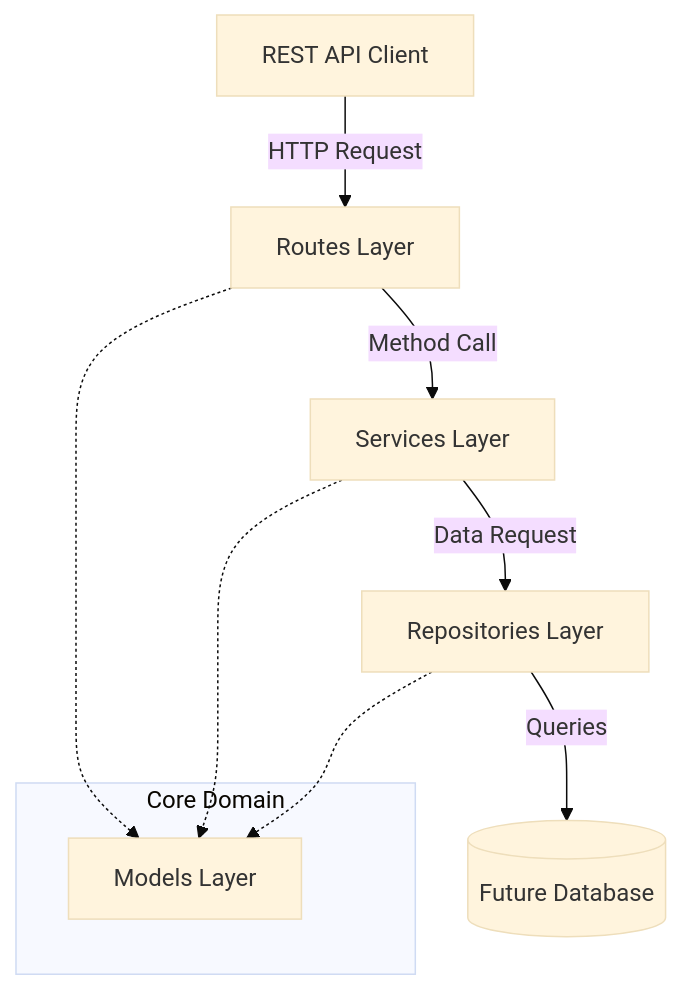
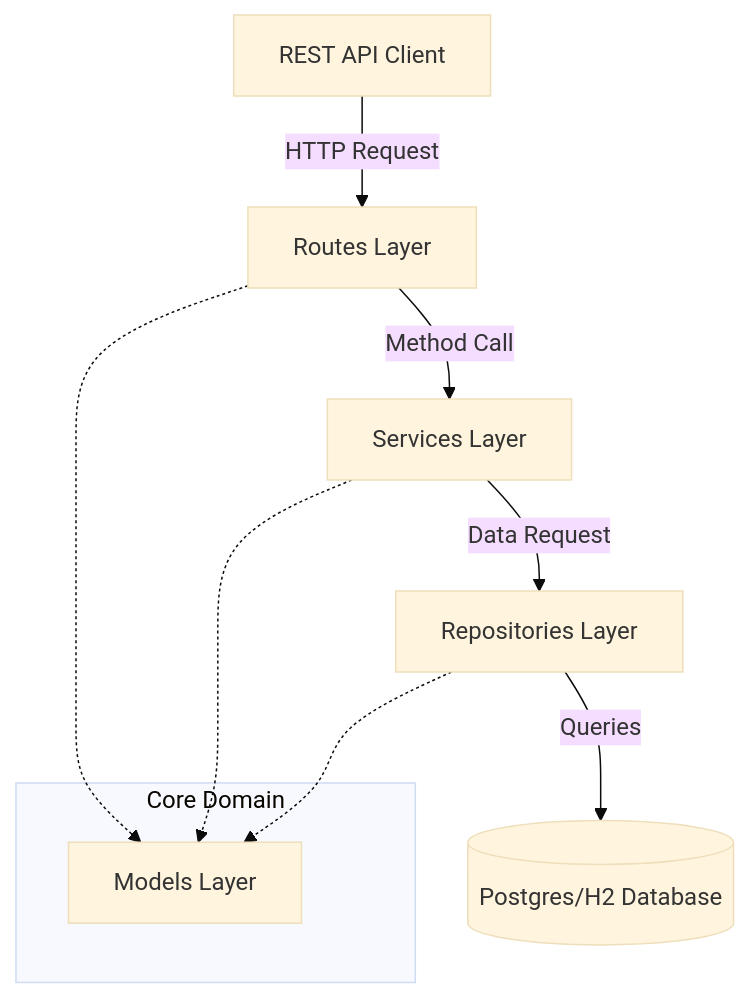
The diagram in docs/Design-Walkthrough.md (Dharanish-AM/MetropolisParking), drawn with Mermaid (base theme) before and after one commit. The commit also changed other lines of this file and 2 other files, not shown here.

````diff
--- a/docs/Design-Walkthrough.md
+++ b/docs/Design-Walkthrough.md
@@ -11,15 +11,15 @@
 ```mermaid
 graph TD
     Client[REST API Client] -->|HTTP Request| Routes[Routes Layer]
     Routes -->|Method Call| Services[Services Layer]
     Services -->|Data Request| Repositories[Repositories Layer]
-    Repositories -->|Queries| DB[(Future Database)]
+    Repositories -->|Queries| DB[(Postgres/H2 Database)]
     
     subgraph Core Domain
         Models[Models Layer]
     end
     
     Routes -.-> Models
     Services -.-> Models
     Repositories -.-> Models
 ```
````
